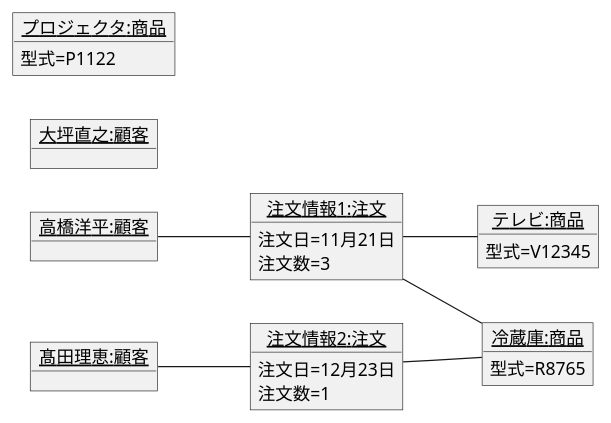
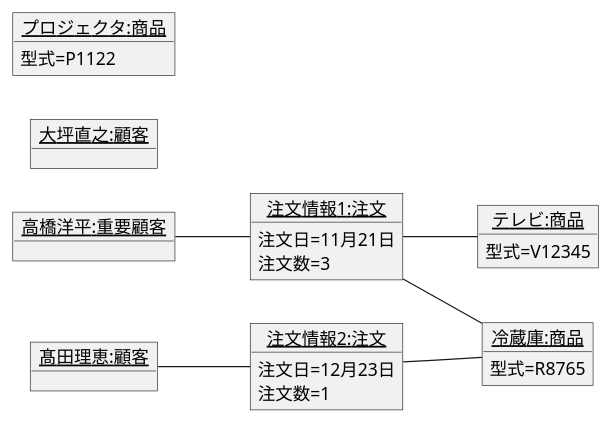
One commit to YumaSatou/uml-introduction changed the diagram in 演習3-7_OBJ_注文のオブジェクト図.pu. Above: the diagram before and after it, drawn with PlantUML.

Commit message:
修正を加えました

```diff
--- a/演習3-7_OBJ_注文のオブジェクト図.pu
+++ b/演習3-7_OBJ_注文のオブジェクト図.pu
@@ -1,39 +1,39 @@
 @startuml
 left to right direction
-object "<u>高橋洋平:顧客</u>" as customer1 {
+object "<u>高橋洋平:重要顧客</u>" as customer1 {
 
 }
 object "<u>冷蔵庫:商品</u>" as product1 {
     型式=R8765
 }
 object "<u>注文情報1:注文</u>" as order1 {
     注文日=11月21日
     注文数=3
 }
 object "<u>テレビ:商品</u>" as product2 {
     型式=V12345
 }
 
 object "<u>髙田理恵:顧客</u>" as customer2 {
     
 }
 object "<u>注文情報2:注文</u>" as order2 {
     注文日=12月23日
     注文数=1
 }
 object "<u>大坪直之:顧客</u>" as customer3 {
     
 }
 object "<u>プロジェクタ:商品</u>" as product3 {
     型式=P1122
 }
 
 customer1 -- order1
 order1 -- product1
 order1 -- product2
 
 customer2 -- order2
 order2 -- product1
 
 
 @enduml
```
